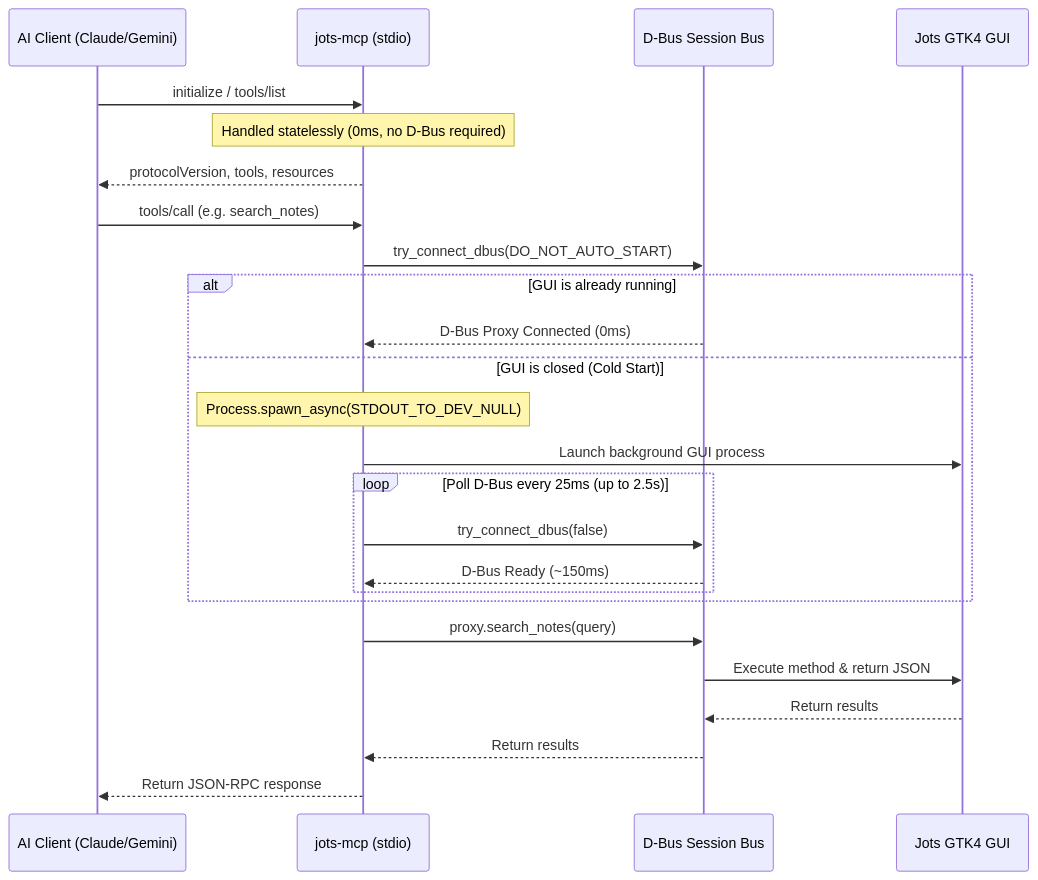
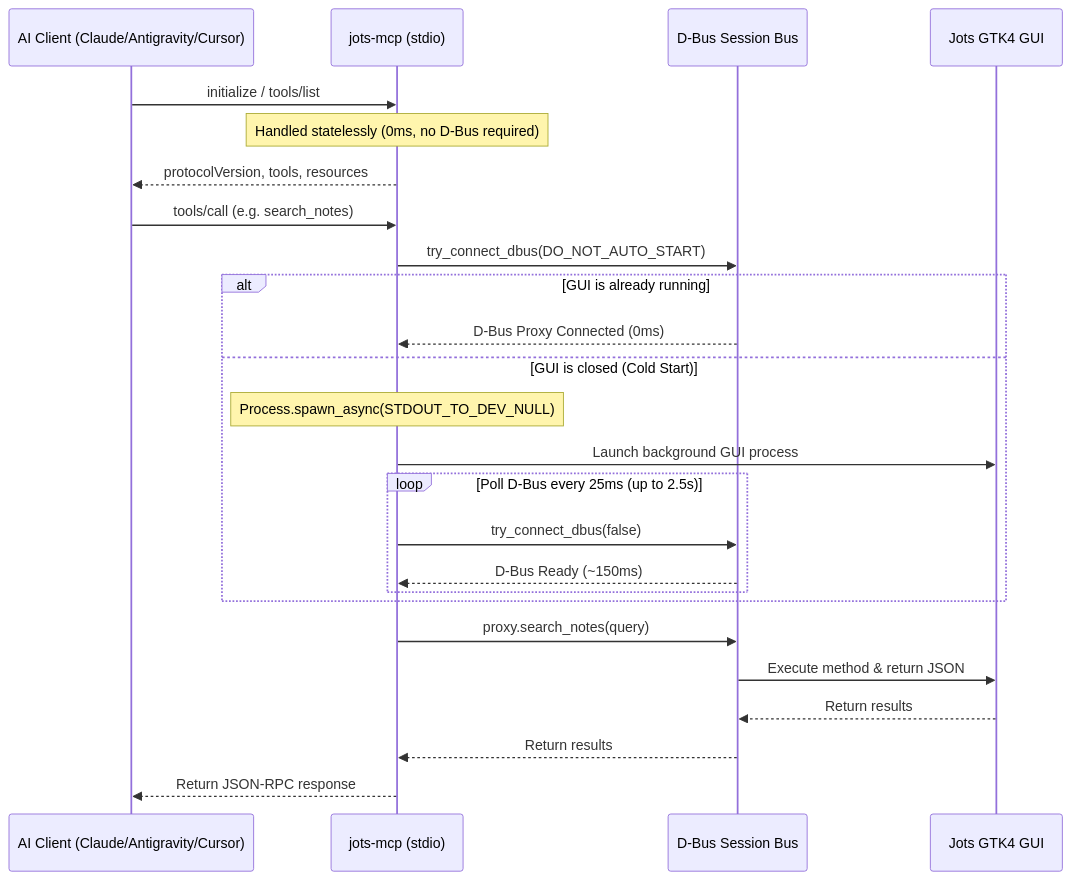
Before and after one commit to comicdeed/jots: the second of 2 diagrams in docs/development/mcp-server.md, drawn with Mermaid. The commit also changed other lines of this file and 7 other files, not shown here.

````diff
--- a/docs/development/mcp-server.md
+++ b/docs/development/mcp-server.md
@@ -193,29 +193,29 @@
 ```mermaid
 sequenceDiagram
-    participant LLM as AI Client (Claude/Gemini)
+    participant LLM as AI Client (Claude/Antigravity/Cursor)
     participant MCP as jots-mcp (stdio)
     participant Bus as D-Bus Session Bus
     participant GUI as Jots GTK4 GUI
 
     LLM->>MCP: initialize / tools/list
     Note over MCP: Handled statelessly (0ms, no D-Bus required)
     MCP-->>LLM: protocolVersion, tools, resources
 
     LLM->>MCP: tools/call (e.g. search_notes)
     MCP->>Bus: try_connect_dbus(DO_NOT_AUTO_START)
     alt GUI is already running
         Bus-->>MCP: D-Bus Proxy Connected (0ms)
     else GUI is closed (Cold Start)
         Note over MCP: Process.spawn_async(STDOUT_TO_DEV_NULL)
         MCP->>GUI: Launch background GUI process
         loop Poll D-Bus every 25ms (up to 2.5s)
             MCP->>Bus: try_connect_dbus(false)
             Bus-->>MCP: D-Bus Ready (~150ms)
         end
     end
     MCP->>Bus: proxy.search_notes(query)
     Bus->>GUI: Execute method & return JSON
     GUI-->>Bus: Return results
     Bus-->>MCP: Return results
     MCP-->>LLM: Return JSON-RPC response
 ```
````
